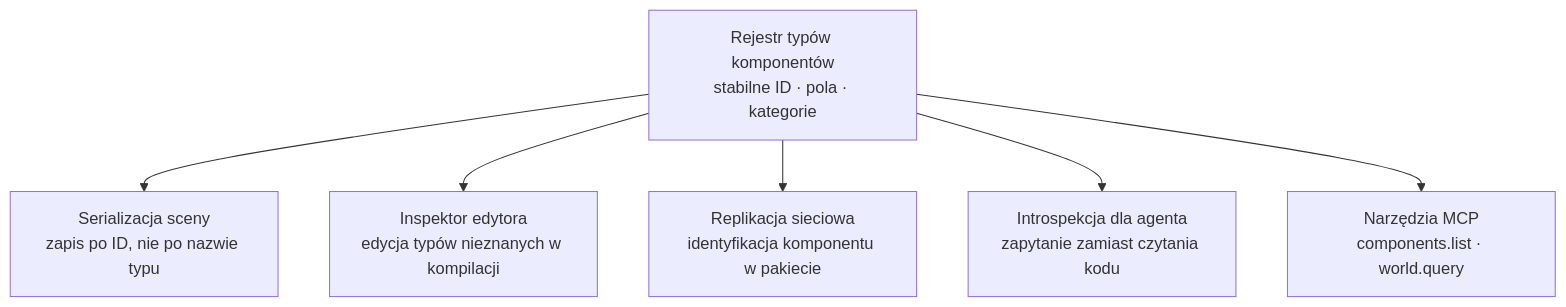
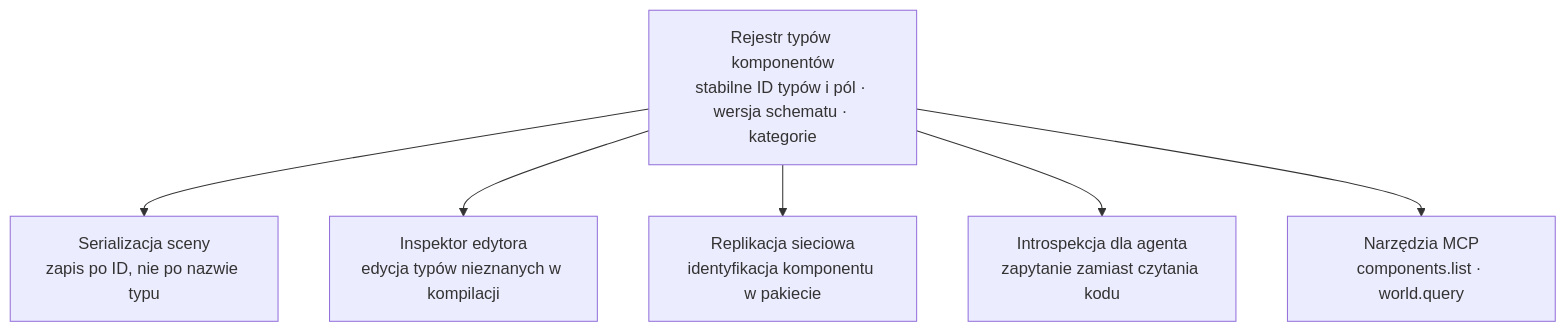
Before and after one commit to eXoz00rd/HEngine: the seventh of 11 diagrams in docs/TARGET_ARCHITECTURE.md, drawn with Mermaid. The commit also changed other lines of this file and 1 other file, not shown here.

First line of the commit message:
Add change observation, allocation contract and schema evolution to the target architecture

````diff
--- a/docs/TARGET_ARCHITECTURE.md
+++ b/docs/TARGET_ARCHITECTURE.md
@@ -423,10 +440,10 @@
 ```mermaid
 flowchart TD
-    REG["Rejestr typów komponentów<br/>stabilne ID · pola · kategorie"]
+    REG["Rejestr typów komponentów<br/>stabilne ID typów i pól · wersja schematu · kategorie"]
 
     REG --> S1["Serializacja sceny<br/>zapis po ID, nie po nazwie typu"]
     REG --> S2["Inspektor edytora<br/>edycja typów nieznanych w kompilacji"]
     REG --> S3["Replikacja sieciowa<br/>identyfikacja komponentu w pakiecie"]
     REG --> S4["Introspekcja dla agenta<br/>zapytanie zamiast czytania kodu"]
     REG --> S5["Narzędzia MCP<br/>components.list · world.query"]
 ```
````
